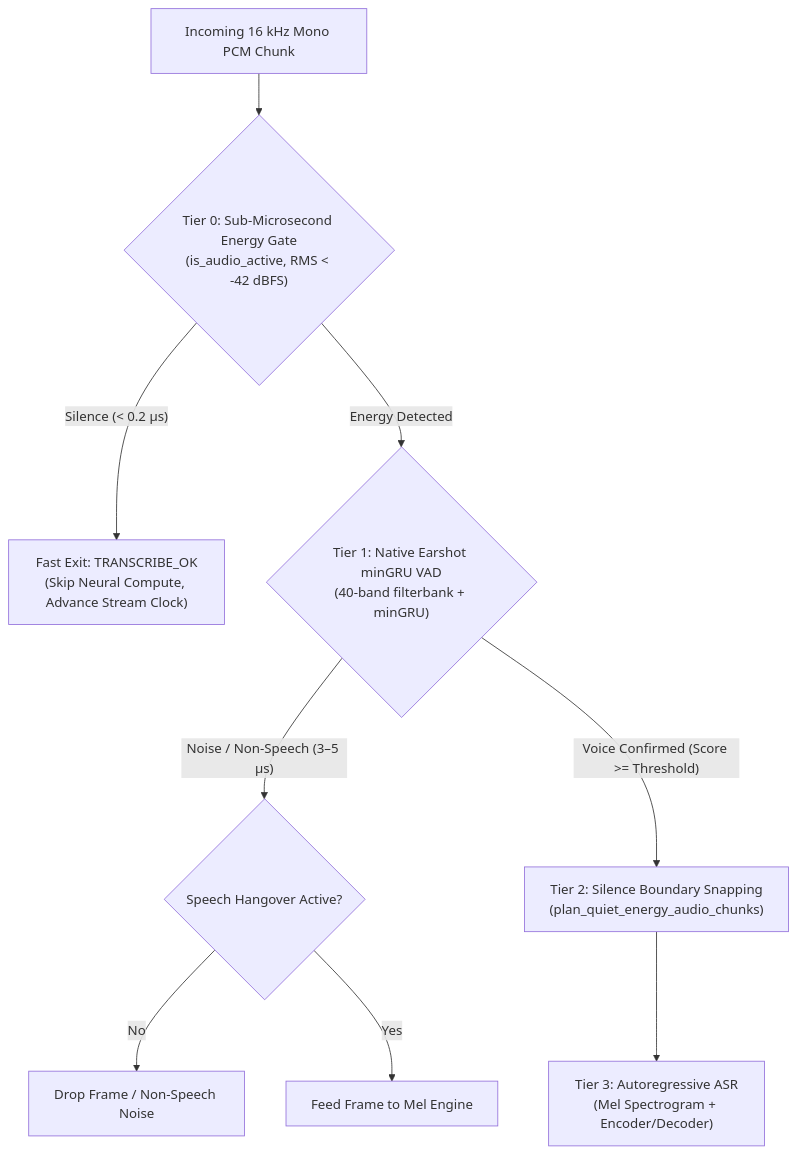
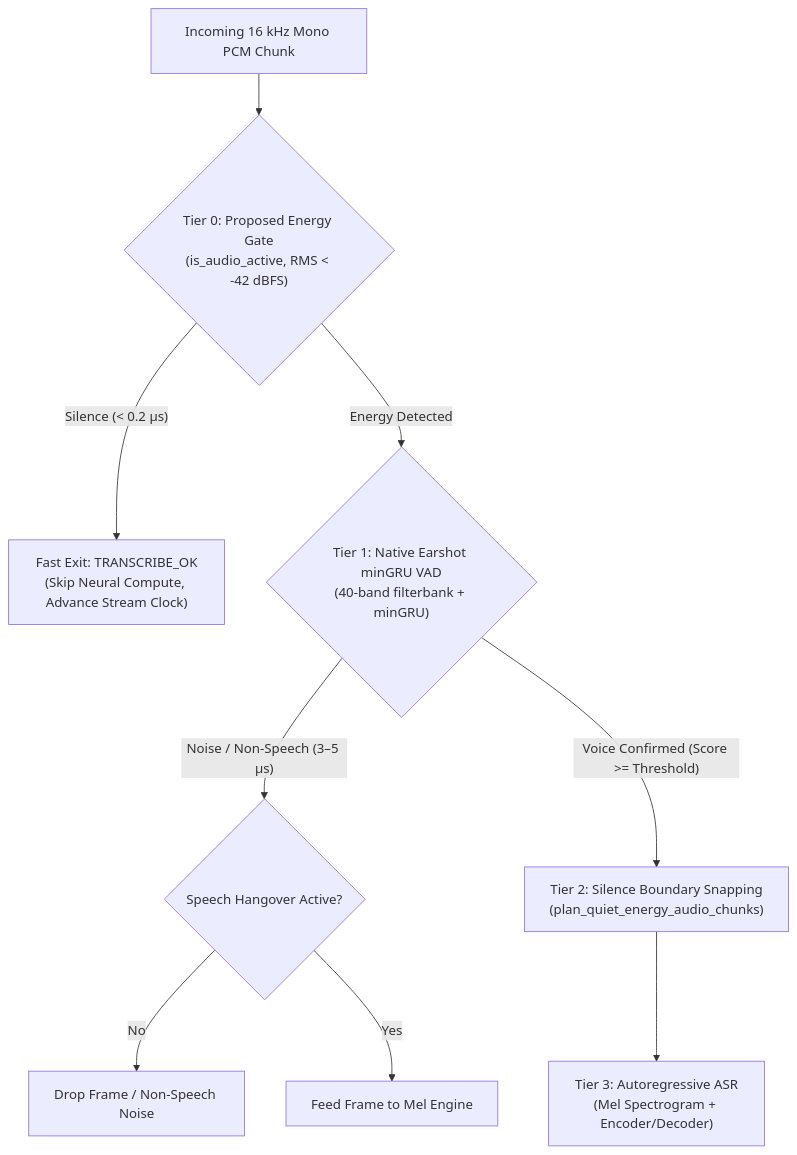
Before and after one commit to NairoDorian/S2B2S: the diagram in docs/2026-09-native-earshot-vad-and-zer0-integration-plan.md, drawn with Mermaid. The commit also changed other lines of this file and 5 other files, not shown here.

````diff
--- a/docs/2026-09-native-earshot-vad-and-zer0-integration-plan.md
+++ b/docs/2026-09-native-earshot-vad-and-zer0-integration-plan.md
@@ -220,11 +213,11 @@
 ```mermaid
 flowchart TD
-    In["Incoming 16 kHz Mono PCM Chunk"] --> T0{"Tier 0: Sub-Microsecond Energy Gate<br/>(is_audio_active, RMS < -42 dBFS)"}
+    In["Incoming 16 kHz Mono PCM Chunk"] --> T0{"Tier 0: Proposed Energy Gate<br/>(is_audio_active, RMS < -42 dBFS)"}
     T0 -- Silence (< 0.2 µs) --> Drop0["Fast Exit: TRANSCRIBE_OK<br/>(Skip Neural Compute, Advance Stream Clock)"]
     T0 -- Energy Detected --> T1{"Tier 1: Native Earshot minGRU VAD<br/>(40-band filterbank + minGRU)"}
     T1 -- Noise / Non-Speech (3–5 µs) --> CheckHang{"Speech Hangover Active?"}
     CheckHang -- No --> Drop1["Drop Frame / Non-Speech Noise"]
     CheckHang -- Yes --> Feed["Feed Frame to Mel Engine"]
     T1 -- Voice Confirmed (Score >= Threshold) --> T2["Tier 2: Silence Boundary Snapping<br/>(plan_quiet_energy_audio_chunks)"]
     T2 --> T3["Tier 3: Autoregressive ASR<br/>(Mel Spectrogram + Encoder/Decoder)"]
 ```
````
